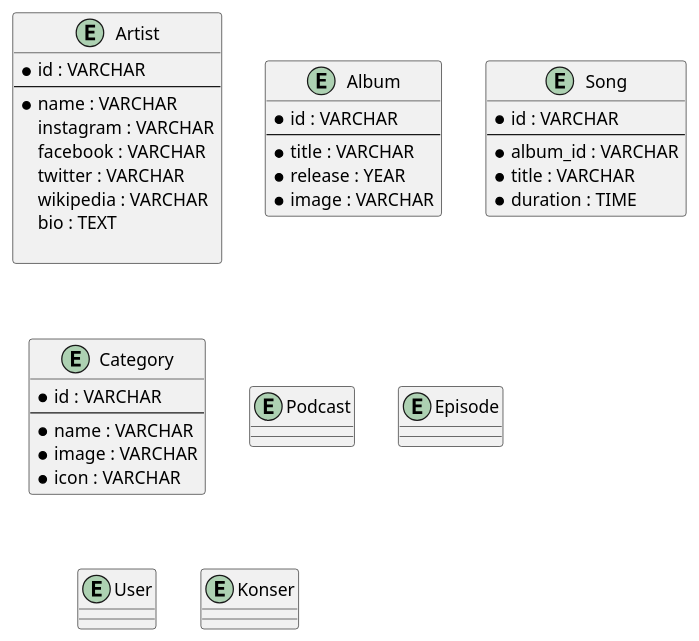
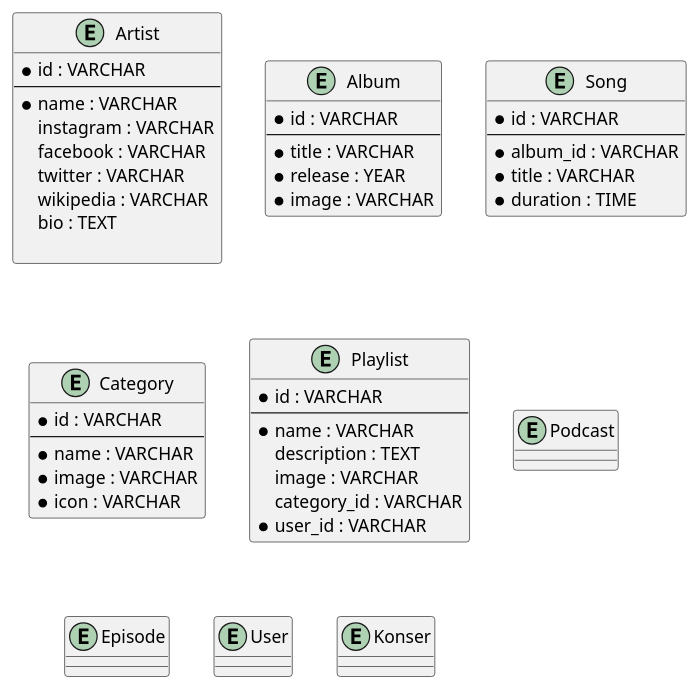
Before and after one commit to bayubagusbagaswara/design-database-spotify-clone: the diagram in src/entity.puml, drawn with PlantUML.

Commit message:
menentukan attribute untuk Playlist

```diff
--- a/src/entity.puml
+++ b/src/entity.puml
@@ -1,43 +1,52 @@
 @startuml
 entity Artist {
     * id : VARCHAR
     --
     * name : VARCHAR
     instagram : VARCHAR
     facebook : VARCHAR
     twitter : VARCHAR
     wikipedia : VARCHAR
     bio : TEXT
 
 }
 entity Album {
     * id : VARCHAR
     --
     * title : VARCHAR
     * release : YEAR
     * image : VARCHAR
 }
 entity Song {
     * id : VARCHAR
     --
     * album_id : VARCHAR
     * title : VARCHAR
     * duration : TIME
 }
 entity Category {
     * id : VARCHAR
     --
     * name : VARCHAR
     * image : VARCHAR
     * icon : VARCHAR
 }
+entity Playlist{
+    * id : VARCHAR
+    --
+    * name : VARCHAR
+    description : TEXT
+    image : VARCHAR
+    category_id : VARCHAR
+    * user_id : VARCHAR
+}
 entity Podcast {
 
 }
 entity Episode {
 }
 entity User{
 }
 entity Konser{
 }
 @enduml
```
